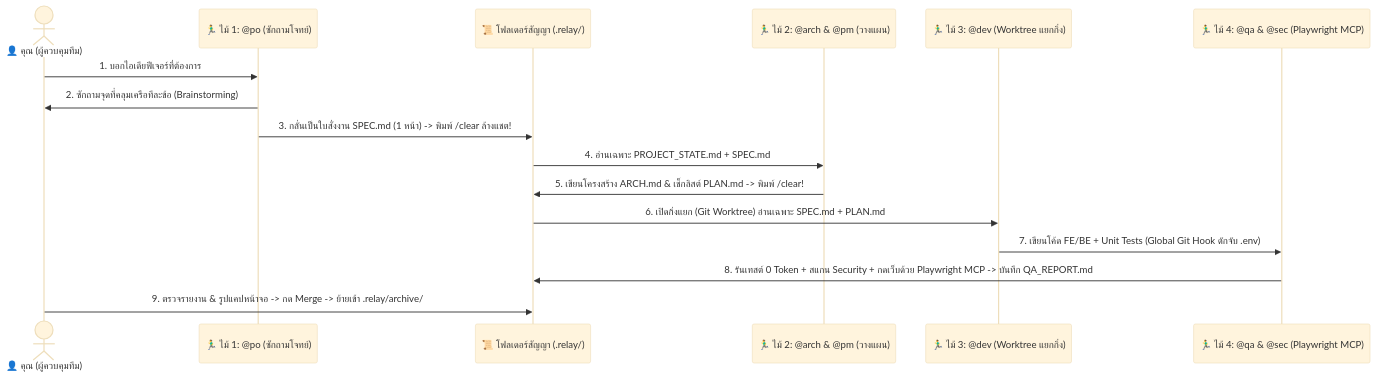
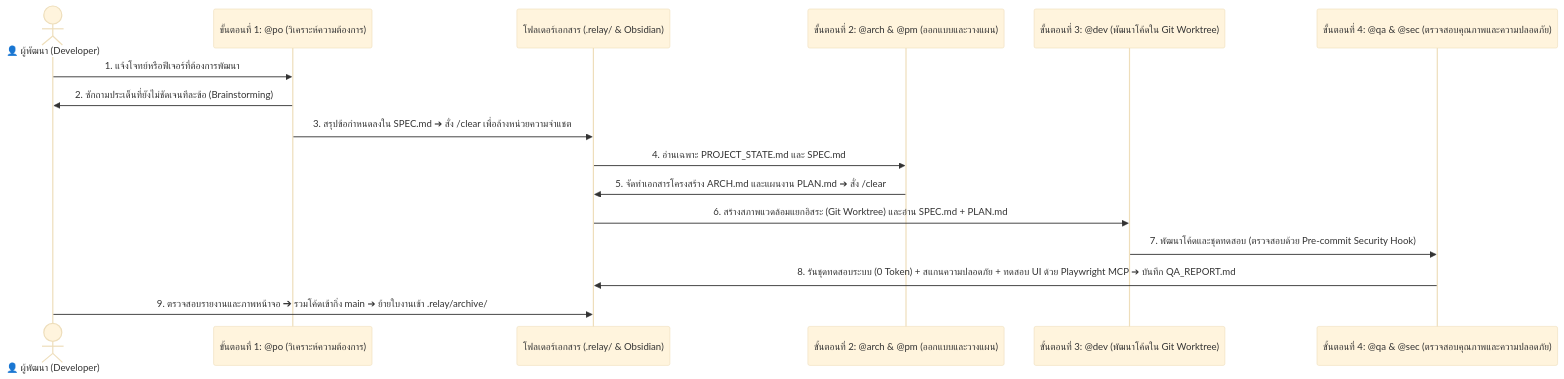
Before and after one commit to bosocmputer/RELAY: the diagram in docs/ARCHITECTURE_DEEP_DIVE.md, drawn with Mermaid (base theme). The commit also changed other lines of this file and 31 other files, not shown here.

````diff
--- a/docs/ARCHITECTURE_DEEP_DIVE.md
+++ b/docs/ARCHITECTURE_DEEP_DIVE.md
@@ -24,19 +24,19 @@
 ```mermaid
 sequenceDiagram
-    actor User as 👤 คุณ (ผู้ควบคุมทีม)
-    participant PO as 🏃‍♂️ ไม้ 1: @po (ซักถามโจทย์)
-    participant Relay as 📜 โฟลเดอร์สัญญา (.relay/)
-    participant Arch as 🏃‍♂️ ไม้ 2: @arch & @pm (วางแผน)
-    participant Dev as 🏃‍♂️ ไม้ 3: @dev (Worktree แยกกิ่ง)
-    participant QA as 🏃‍♂️ ไม้ 4: @qa & @sec (Playwright MCP)
+    actor User as 👤 ผู้พัฒนา (Developer)
+    participant P1 as ขั้นตอนที่ 1: @po (วิเคราะห์ความต้องการ)
+    participant Relay as โฟลเดอร์เอกสาร (.relay/ & Obsidian)
+    participant P2 as ขั้นตอนที่ 2: @arch & @pm (ออกแบบและวางแผน)
+    participant P3 as ขั้นตอนที่ 3: @dev (พัฒนาโค้ดใน Git Worktree)
+    participant P4 as ขั้นตอนที่ 4: @qa & @sec (ตรวจสอบคุณภาพและความปลอดภัย)
 
-    User->>PO: 1. บอกไอเดียฟีเจอร์ที่ต้องการ
-    PO->>User: 2. ซักถามจุดที่คลุมเครือทีละข้อ (Brainstorming)
-    PO->>Relay: 3. กลั่นเป็นใบสั่งงาน SPEC.md (1 หน้า) -> พิมพ์ /clear ล้างแชต!
-    Relay->>Arch: 4. อ่านเฉพาะ PROJECT_STATE.md + SPEC.md
-    Arch->>Relay: 5. เขียนโครงสร้าง ARCH.md & เช็กลิสต์ PLAN.md -> พิมพ์ /clear!
-    Relay->>Dev: 6. เปิดกิ่งแยก (Git Worktree) อ่านเฉพาะ SPEC.md + PLAN.md
-    Dev->>QA: 7. เขียนโค้ด FE/BE + Unit Tests (Global Git Hook ดักจับ .env)
-    QA->>Relay: 8. รันเทสต์ 0 Token + สแกน Security + กดเว็บด้วย Playwright MCP -> บันทึก QA_REPORT.md
-    User->>Relay: 9. ตรวจรายงาน & รูปแคปหน้าจอ -> กด Merge -> ย้ายเข้า .relay/archive/
+    User->>P1: 1. แจ้งโจทย์หรือฟีเจอร์ที่ต้องการพัฒนา
+    P1->>User: 2. ซักถามประเด็นที่ยังไม่ชัดเจนทีละข้อ (Brainstorming)
+    P1->>Relay: 3. สรุปข้อกำหนดลงใน SPEC.md ➔ สั่ง /clear เพื่อล้างหน่วยความจำแชต
+    Relay->>P2: 4. อ่านเฉพาะ PROJECT_STATE.md และ SPEC.md
+    P2->>Relay: 5. จัดทำเอกสารโครงสร้าง ARCH.md และแผนงาน PLAN.md ➔ สั่ง /clear
+    Relay->>P3: 6. สร้างสภาพแวดล้อมแยกอิสระ (Git Worktree) และอ่าน SPEC.md + PLAN.md
+    P3->>P4: 7. พัฒนาโค้ดและชุดทดสอบ (ตรวจสอบด้วย Pre-commit Security Hook)
+    P4->>Relay: 8. รันชุดทดสอบระบบ (0 Token) + สแกนความปลอดภัย + ทดสอบ UI ด้วย Playwright MCP ➔ บันทึก QA_REPORT.md
+    User->>Relay: 9. ตรวจสอบรายงานและภาพหน้าจอ ➔ รวมโค้ดเข้ากิ่ง main ➔ ย้ายใบงานเข้า .relay/archive/
 ```
````
